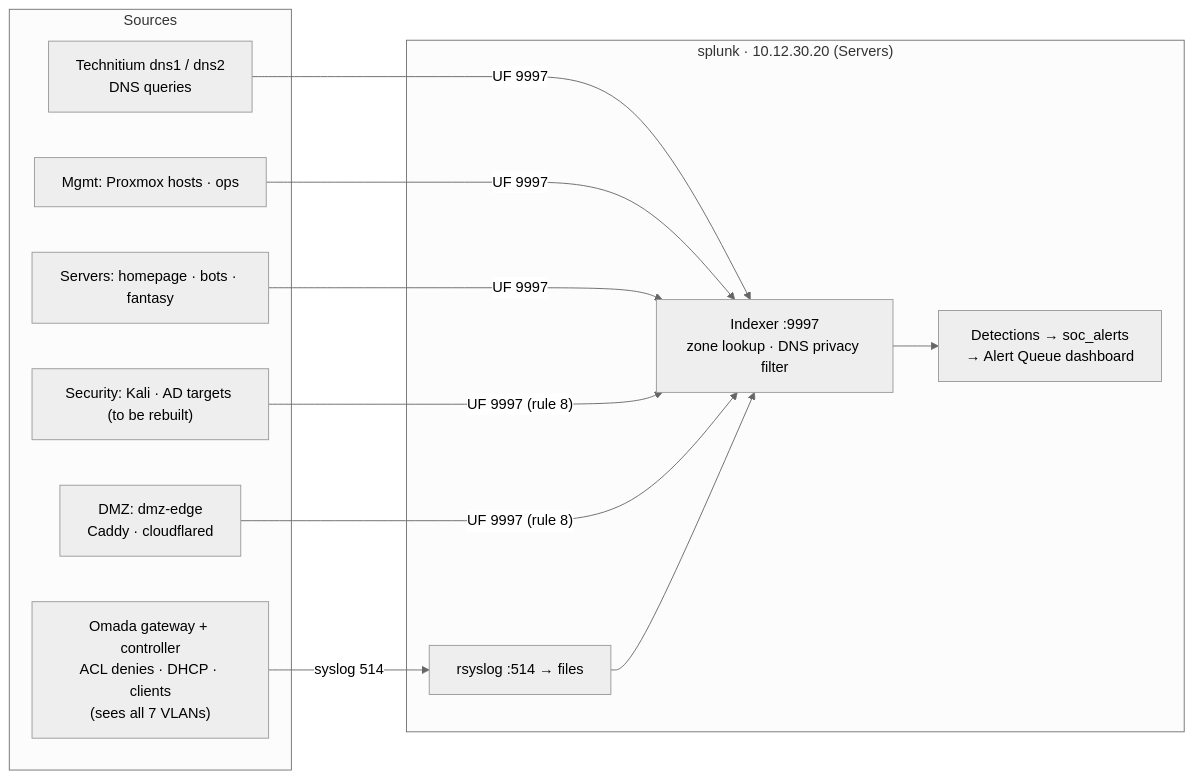
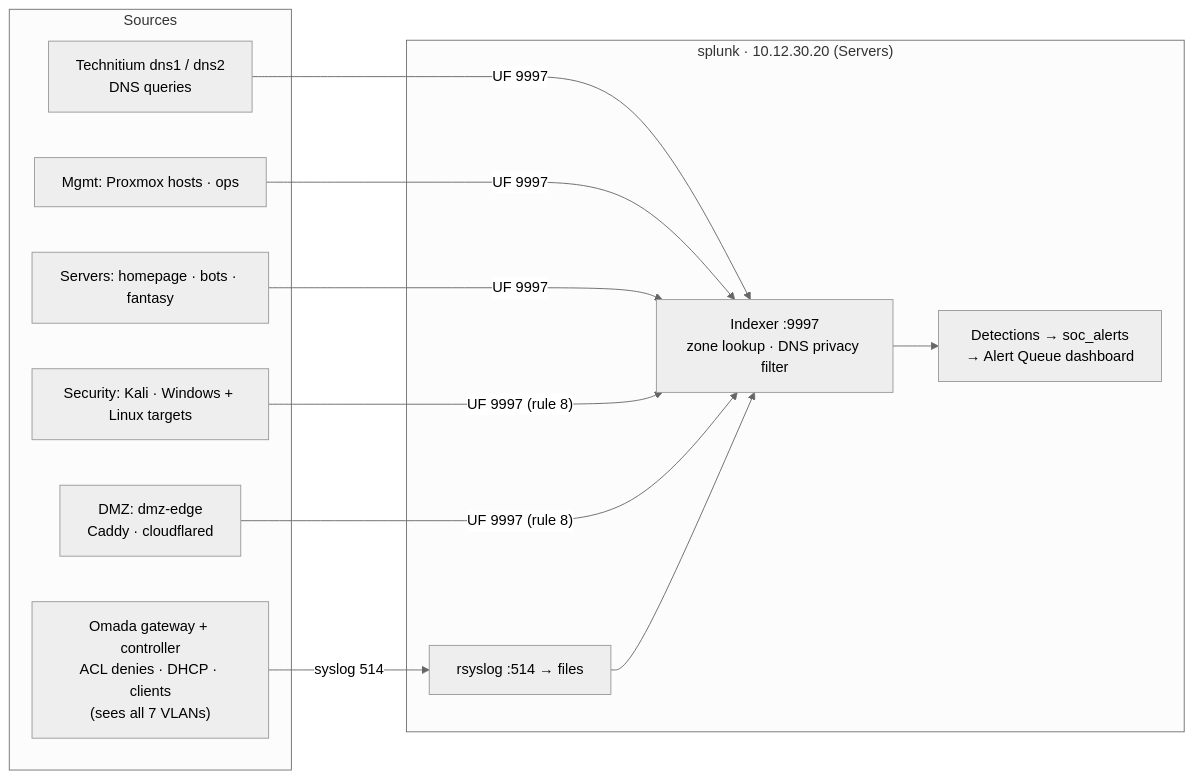
The diagram in docs/architecture/siem.md (J-DeMarzo/enterprise-homelab), drawn with Mermaid (neutral theme) before and after one commit. The commit also changed other lines of this file and 6 other files, not shown here.

First line of the commit message:
Roadmap: decouple the SOC plan from Active Directory

````diff
--- a/docs/architecture/siem.md
+++ b/docs/architecture/siem.md
@@ -12,23 +12,23 @@
 ```mermaid
 flowchart LR
     subgraph sources["Sources"]
         gw["Omada gateway + controller<br/>ACL denies · DHCP · clients<br/>(sees all 7 VLANs)"]
         dns["Technitium dns1 / dns2<br/>DNS queries"]
         mgmt["Mgmt: Proxmox hosts · ops"]
         srv["Servers: homepage · bots · fantasy"]
-        sec["Security: Kali · AD targets (to be rebuilt)"]
+        sec["Security: Kali · Windows + Linux targets"]
         dmz["DMZ: dmz-edge<br/>Caddy · cloudflared"]
     end
     subgraph splunk["splunk · 10.12.30.20 (Servers)"]
         rs["rsyslog :514 → files"]
         idx["Indexer :9997<br/>zone lookup · DNS privacy filter"]
         q["Detections → soc_alerts<br/>→ Alert Queue dashboard"]
     end
     gw -- "syslog 514" --> rs
     dns -- "UF 9997" --> idx
     mgmt -- "UF 9997" --> idx
     srv -- "UF 9997" --> idx
     sec -- "UF 9997 (rule 8)" --> idx
     dmz -- "UF 9997 (rule 8)" --> idx
     rs --> idx --> q
 ```
````
